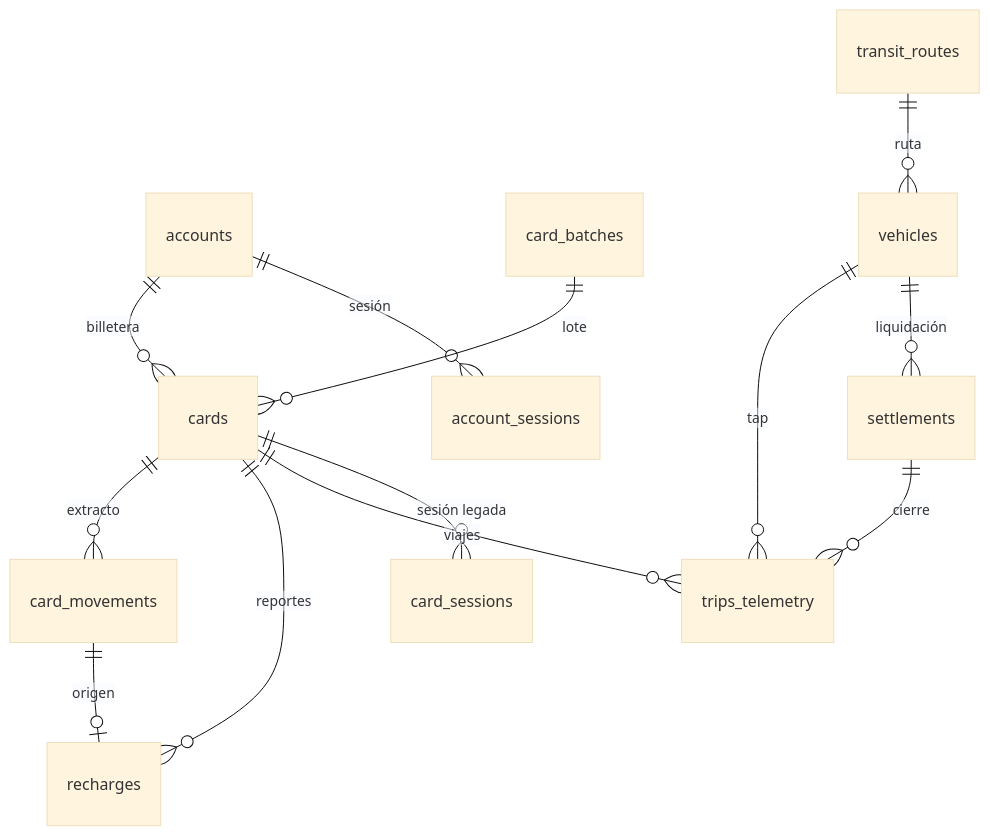
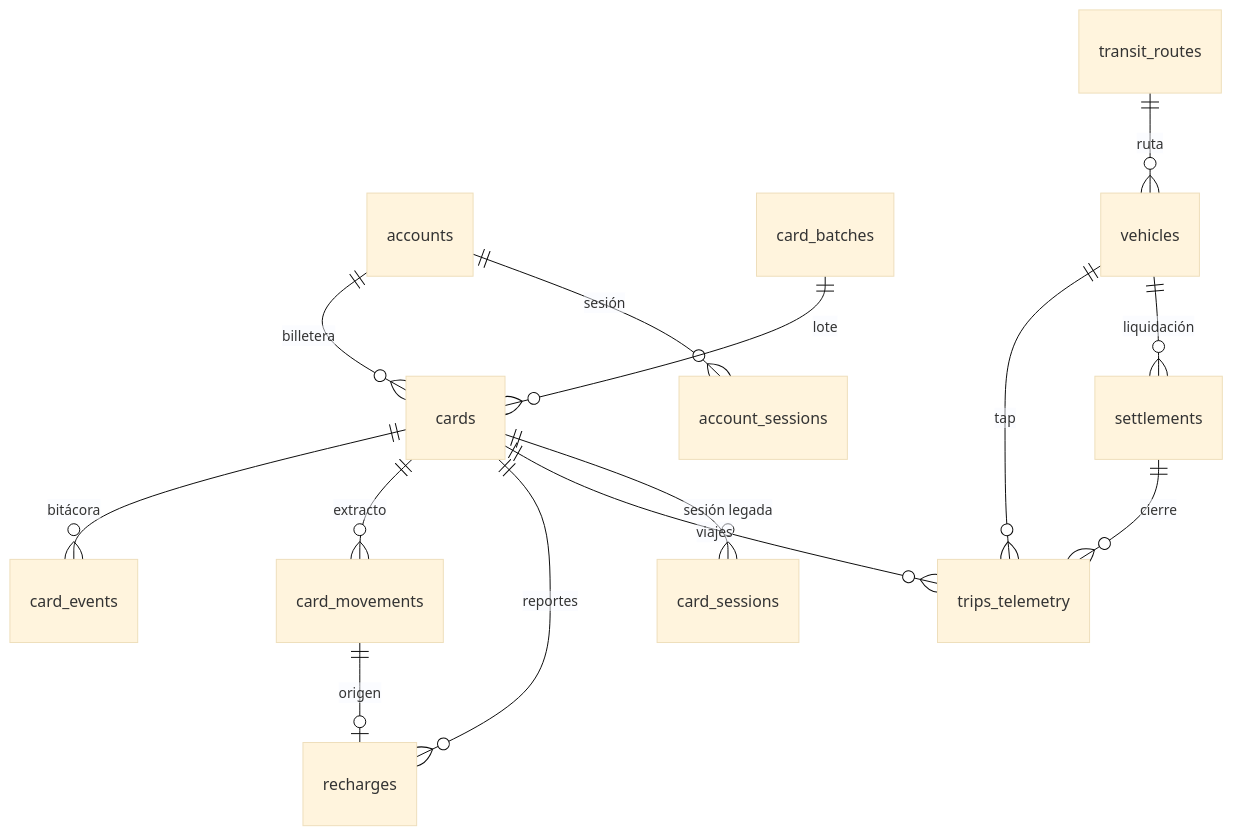
The diagram in docs/03-modelo-de-datos.md (BLINK-SERVERS/TARJETA), drawn with Mermaid (base theme) before and after one commit. The commit also changed other lines of this file and 13 other files, not shown here.

````diff
--- a/docs/03-modelo-de-datos.md
+++ b/docs/03-modelo-de-datos.md
@@ -115,15 +144,16 @@
 ```mermaid
 erDiagram
   accounts ||--o{ cards : "billetera"
   accounts ||--o{ account_sessions : "sesión"
   card_batches ||--o{ cards : "lote"
+  cards ||--o{ card_events : "bitácora"
   cards ||--o{ card_movements : "extracto"
   cards ||--o{ recharges : "reportes"
   cards ||--o{ trips_telemetry : "viajes"
   cards ||--o{ card_sessions : "sesión legada"
   transit_routes ||--o{ vehicles : "ruta"
   vehicles ||--o{ trips_telemetry : "tap"
   vehicles ||--o{ settlements : "liquidación"
   settlements ||--o{ trips_telemetry : "cierre"
   card_movements ||--o| recharges : "origen"
 ```
````
